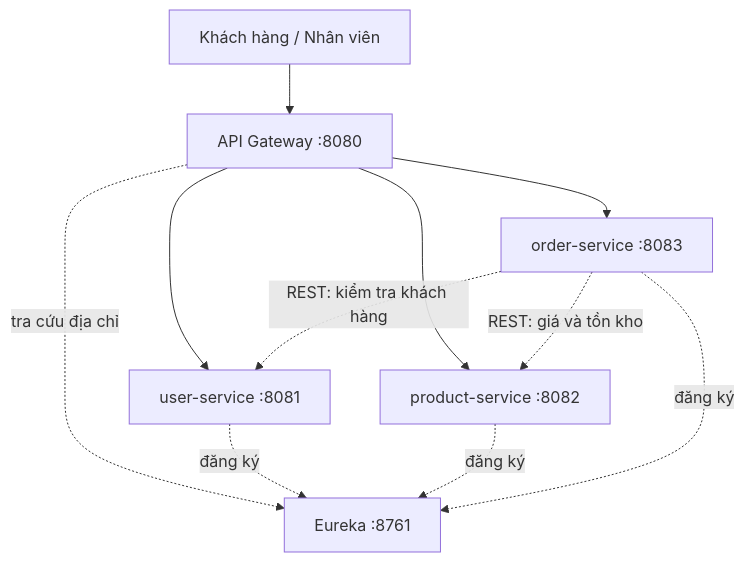
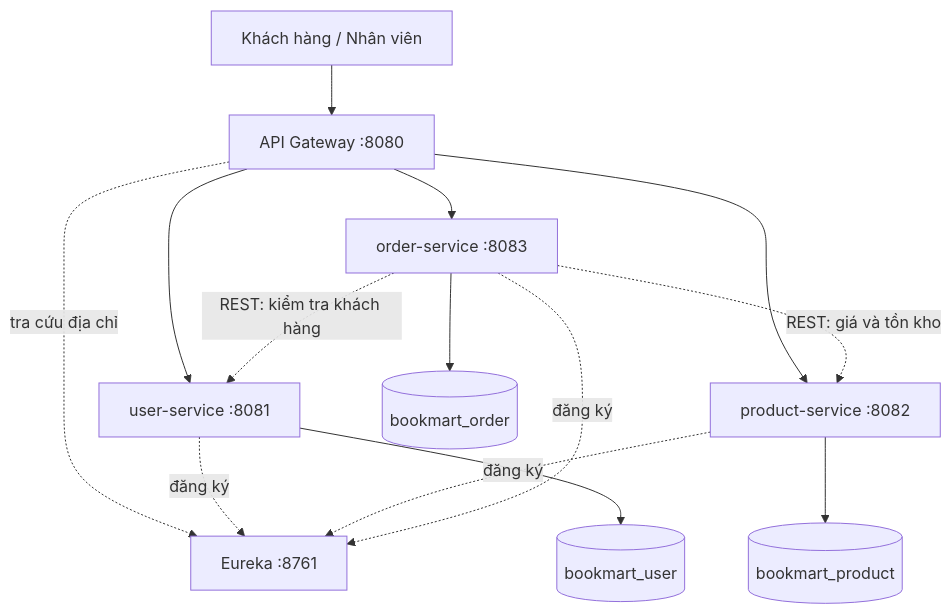
One commit to bvd512004/MSS301_E-commerce changed the diagram in MSS301_Project_E-comerce/README.md. Above: the diagram before and after it, drawn with Mermaid. The commit also changed other lines of this file and 34 other files, not shown here.

````diff
--- a/MSS301_Project_E-comerce/README.md
+++ b/MSS301_Project_E-comerce/README.md
@@ -32,13 +33,16 @@
 ```mermaid
 flowchart TB
     client[Khách hàng / Nhân viên] --> gateway[API Gateway :8080]
     gateway --> userSvc[user-service :8081]
     gateway --> productSvc[product-service :8082]
     gateway --> orderSvc[order-service :8083]
     gateway -. tra cứu địa chỉ .-> eureka[Eureka :8761]
     userSvc -. đăng ký .-> eureka
     productSvc -. đăng ký .-> eureka
     orderSvc -. đăng ký .-> eureka
     orderSvc -. REST: kiểm tra khách hàng .-> userSvc
     orderSvc -. REST: giá và tồn kho .-> productSvc
+    userSvc --> userDb[(bookmart_user)]
+    productSvc --> productDb[(bookmart_product)]
+    orderSvc --> orderDb[(bookmart_order)]
 ```
````
